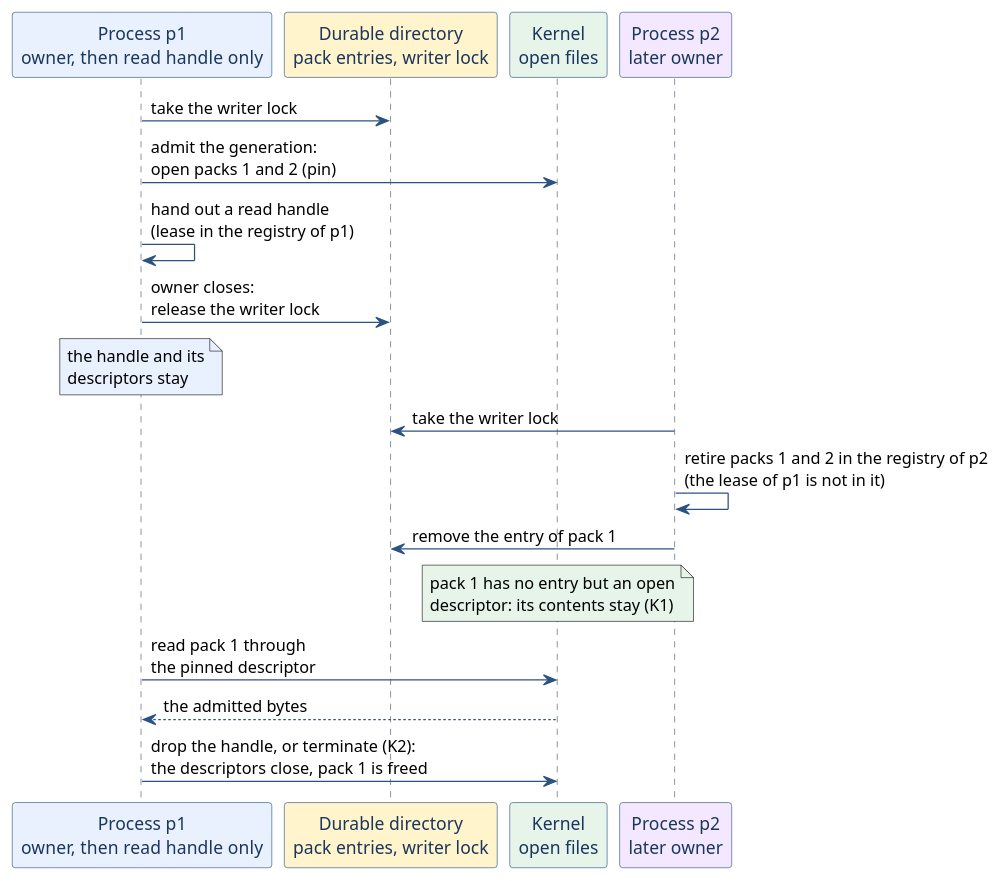
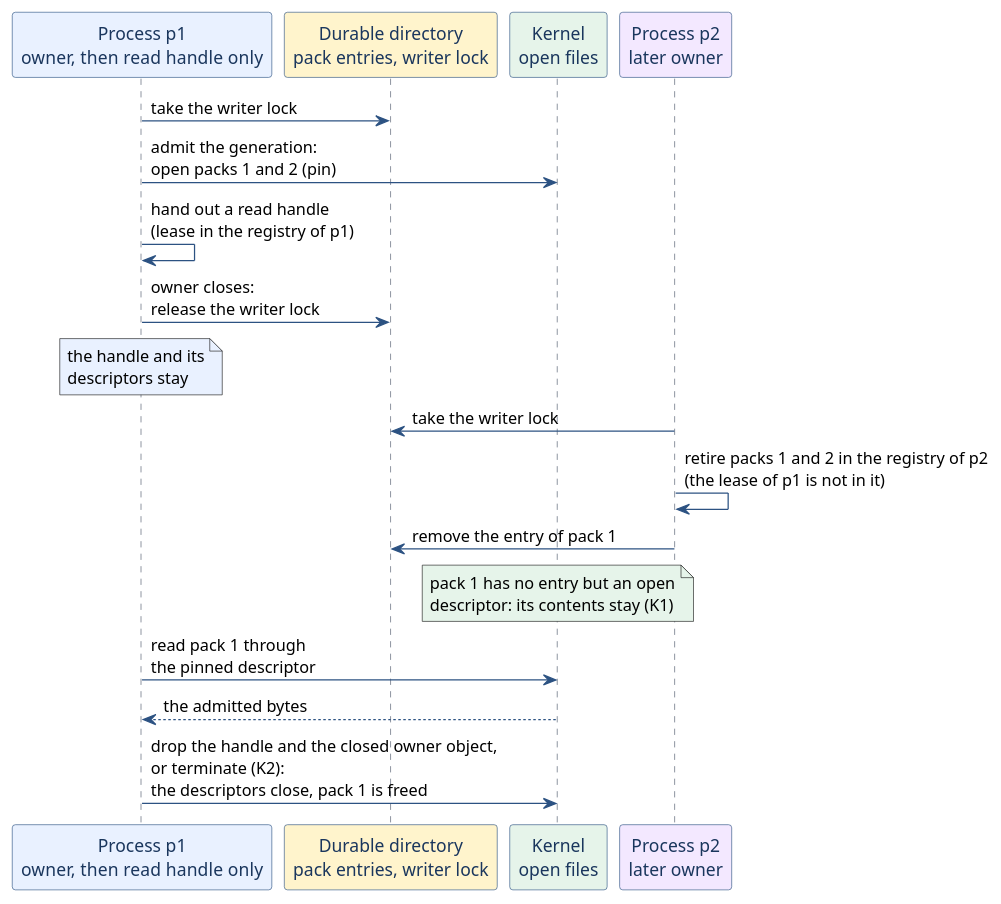
The second of 2 diagrams in docs/design/pathmap/gc-protection-matrix-2026-10-01.md (F1R3FLY-io/f1r3node-rust), drawn with PlantUML before and after one commit. The commit also changed other lines of this file and 3 other files, not shown here.

````diff
--- a/docs/design/pathmap/gc-protection-matrix-2026-10-01.md
+++ b/docs/design/pathmap/gc-protection-matrix-2026-10-01.md
@@ -247,29 +247,29 @@
 ```plantuml
 @startuml
 skinparam backgroundColor #FFFFFF
 skinparam shadowing false
 skinparam sequence {
   ArrowColor #2C5282
   LifeLineBorderColor #4A5568
   ParticipantBorderColor #2C5282
   ParticipantFontColor #1A365D
 }
 participant "Process p1\nowner, then read handle only" as P1 #E9F1FF
 participant "Durable directory\npack entries, writer lock" as DIR #FFF4CC
 participant "Kernel\nopen files" as KRN #E6F4EA
 participant "Process p2\nlater owner" as P2 #F3E8FF
 
 P1 -> DIR : take the writer lock
 P1 -> KRN : admit the generation:\nopen packs 1 and 2 (pin)
 P1 -> P1 : hand out a read handle\n(lease in the registry of p1)
 P1 -> DIR : owner closes:\nrelease the writer lock
 note over P1 #E9F1FF : the handle and its\ndescriptors stay
 P2 -> DIR : take the writer lock
 P2 -> P2 : retire packs 1 and 2 in the registry of p2\n(the lease of p1 is not in it)
 P2 -> DIR : remove the entry of pack 1
 note over KRN #E6F4EA : pack 1 has no entry but an open\ndescriptor: its contents stay (K1)
 P1 -> KRN : read pack 1 through\nthe pinned descriptor
 KRN --> P1 : the admitted bytes
-P1 -> KRN : drop the handle, or terminate (K2):\nthe descriptors close, pack 1 is freed
+P1 -> KRN : drop the handle and the closed owner object,\nor terminate (K2):\nthe descriptors close, pack 1 is freed
 @enduml
 ```
````
